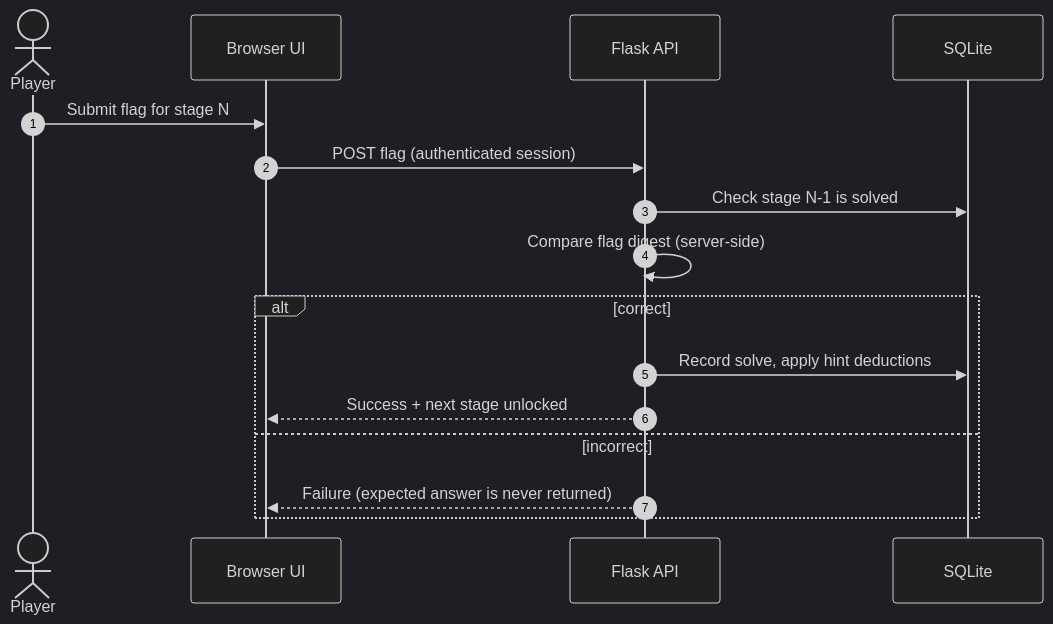
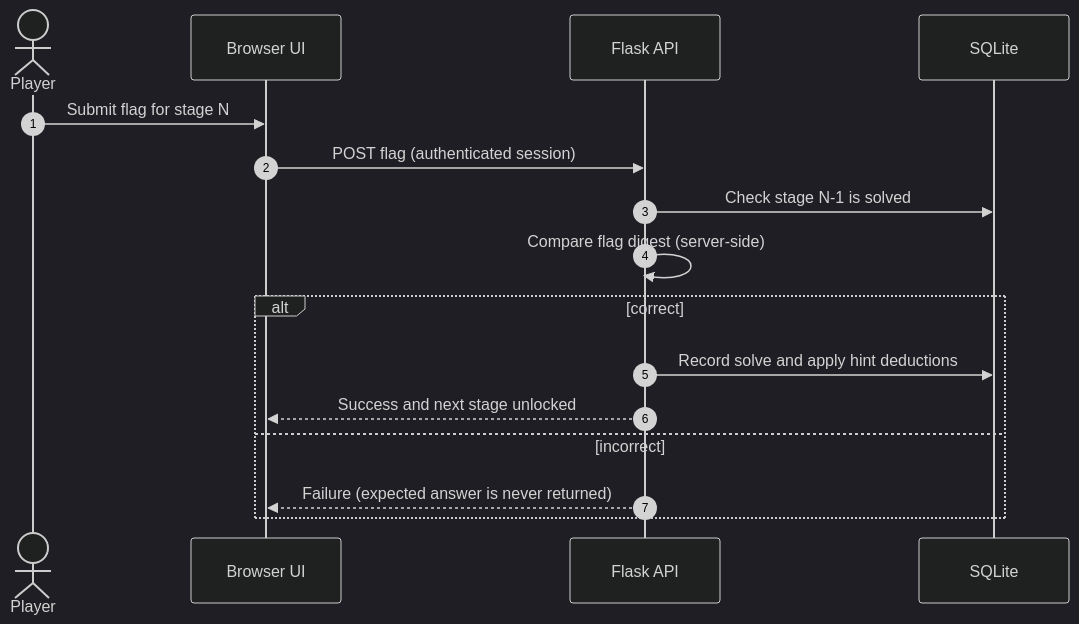
The third of 5 diagrams in README.md (chnk0x/Ecorp-CTFBox), drawn with Mermaid (dark theme) before and after one commit. The commit also changed other lines of this file, not shown here.

````diff
--- a/README.md
+++ b/README.md
@@ -143,18 +137,18 @@
 ```mermaid
 sequenceDiagram
     autonumber
     actor P as Player
     participant UI as Browser UI
     participant API as Flask API
     participant DB as SQLite
     P->>UI: Submit flag for stage N
     UI->>API: POST flag (authenticated session)
     API->>DB: Check stage N-1 is solved
     API->>API: Compare flag digest (server-side)
     alt correct
-        API->>DB: Record solve, apply hint deductions
-        API-->>UI: Success + next stage unlocked
+        API->>DB: Record solve and apply hint deductions
+        API-->>UI: Success and next stage unlocked
     else incorrect
         API-->>UI: Failure (expected answer is never returned)
     end
 ```
````
